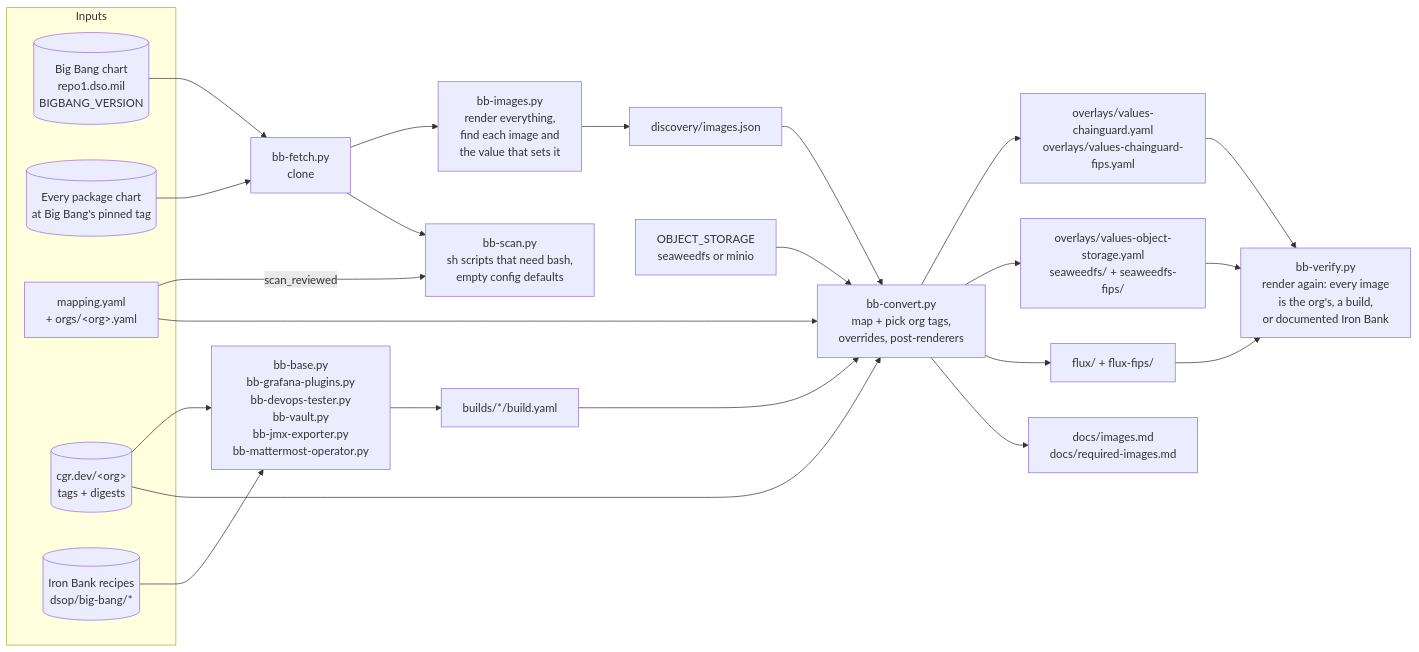
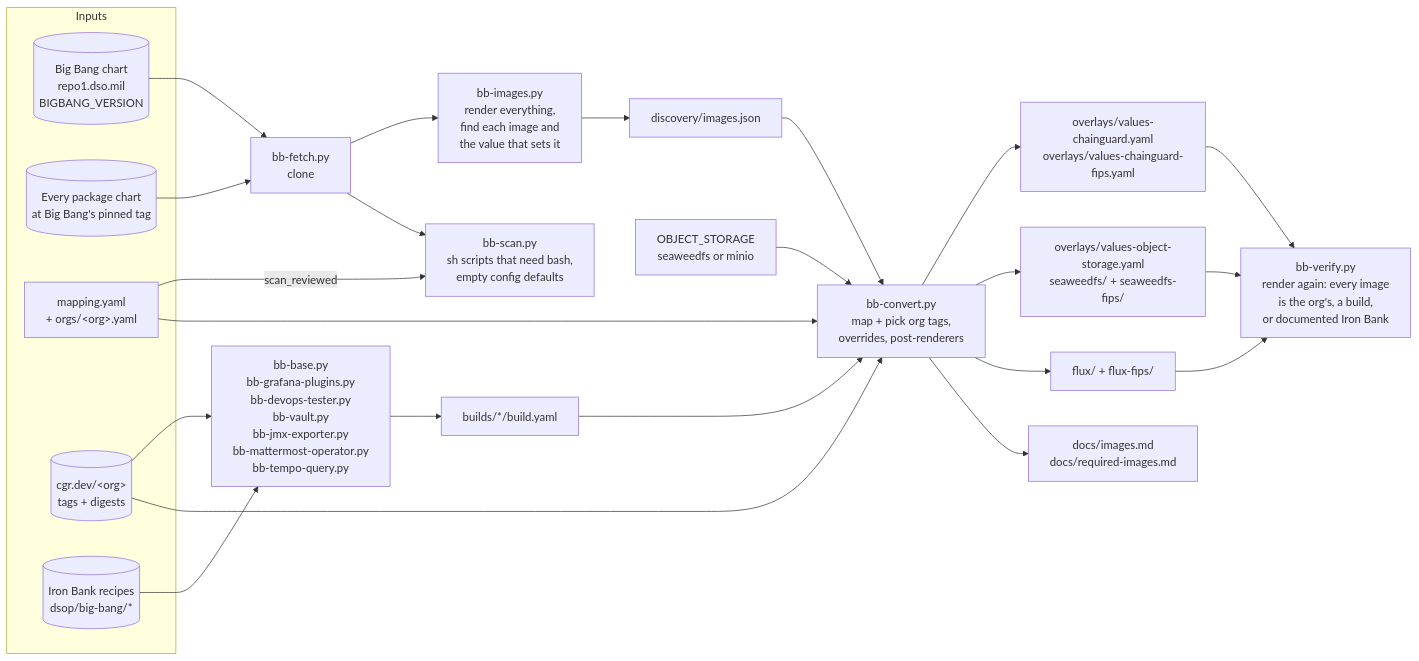
Before and after one commit to Zapata-Technology/bigbang-chainguard: the first of 9 diagrams in docs/architecture.md, drawn with Mermaid. The commit also changed other lines of this file and 17 other files, not shown here.

First line of the commit message:
Build tempo-query from upstream source FROM the org's images

````diff
--- a/docs/architecture.md
+++ b/docs/architecture.md
@@ -10,36 +10,36 @@
 ```mermaid
 flowchart LR
     subgraph inputs[Inputs]
         BB[(Big Bang chart<br/>repo1.dso.mil<br/>BIGBANG_VERSION)]
         PK[(Every package chart<br/>at Big Bang's pinned tag)]
         MAP[mapping.yaml<br/>+ orgs/&lt;org&gt;.yaml]
         ORG[(cgr.dev/&lt;org&gt;<br/>tags + digests)]
         IB[(Iron Bank recipes<br/>dsop/big-bang/*)]
     end
 
     BB --> F[bb-fetch.py<br/>clone]
     PK --> F
     F --> D[bb-images.py<br/>render everything,<br/>find each image and<br/>the value that sets it]
     D --> DJ[discovery/images.json]
 
-    IB --> BLD[bb-base.py<br/>bb-grafana-plugins.py<br/>bb-devops-tester.py<br/>bb-vault.py<br/>bb-jmx-exporter.py<br/>bb-mattermost-operator.py]
+    IB --> BLD[bb-base.py<br/>bb-grafana-plugins.py<br/>bb-devops-tester.py<br/>bb-vault.py<br/>bb-jmx-exporter.py<br/>bb-mattermost-operator.py<br/>bb-tempo-query.py]
     ORG --> BLD
     BLD --> BY[builds/*/build.yaml]
 
     F --> SC[bb-scan.py<br/>sh scripts that need bash,<br/>empty config defaults]
     MAP -- scan_reviewed --> SC
 
     DJ --> C[bb-convert.py<br/>map + pick org tags,<br/>overrides, post-renderers]
     MAP --> C
     ORG --> C
     BY --> C
     OS[OBJECT_STORAGE<br/>seaweedfs or minio] --> C
     C --> OV[overlays/values-chainguard.yaml<br/>overlays/values-chainguard-fips.yaml]
     C --> OSO[overlays/values-object-storage.yaml<br/>seaweedfs/ + seaweedfs-fips/]
     C --> FX[flux/ + flux-fips/]
     C --> DOC[docs/images.md<br/>docs/required-images.md]
 
     OV --> V[bb-verify.py<br/>render again: every image<br/>is the org's, a build,<br/>or documented Iron Bank]
     OSO --> V
     FX --> V
 ```
````
